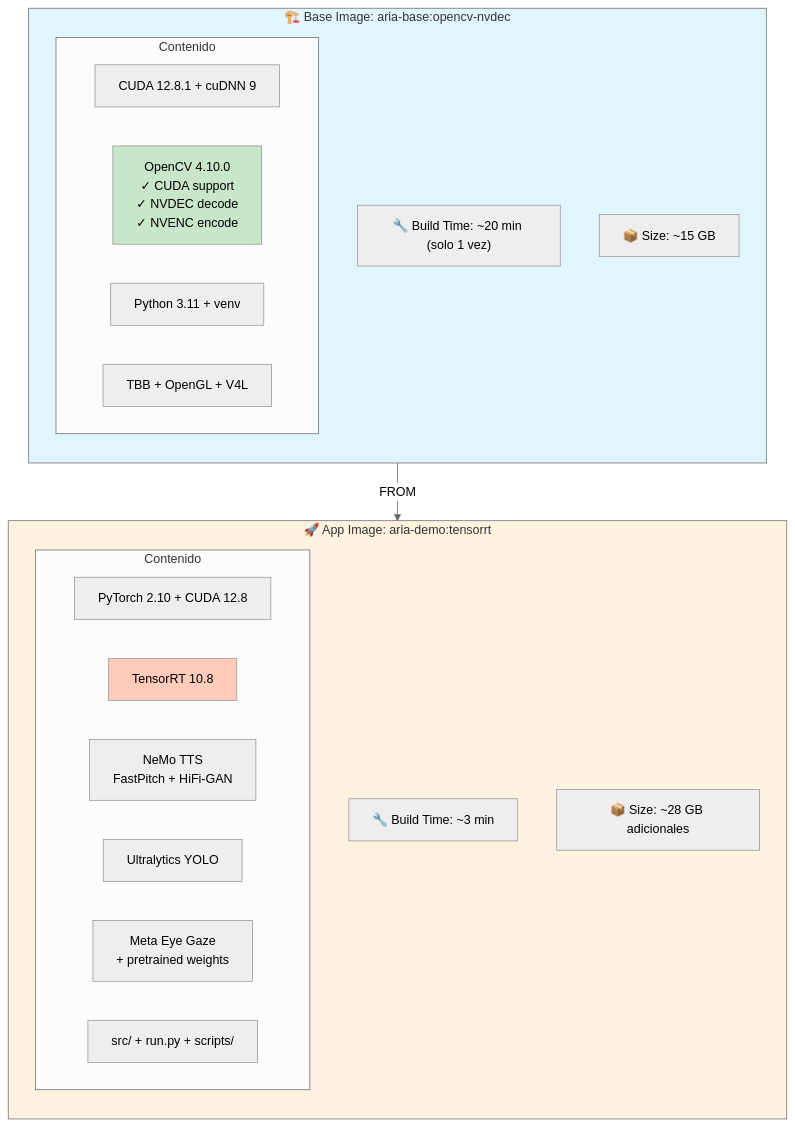
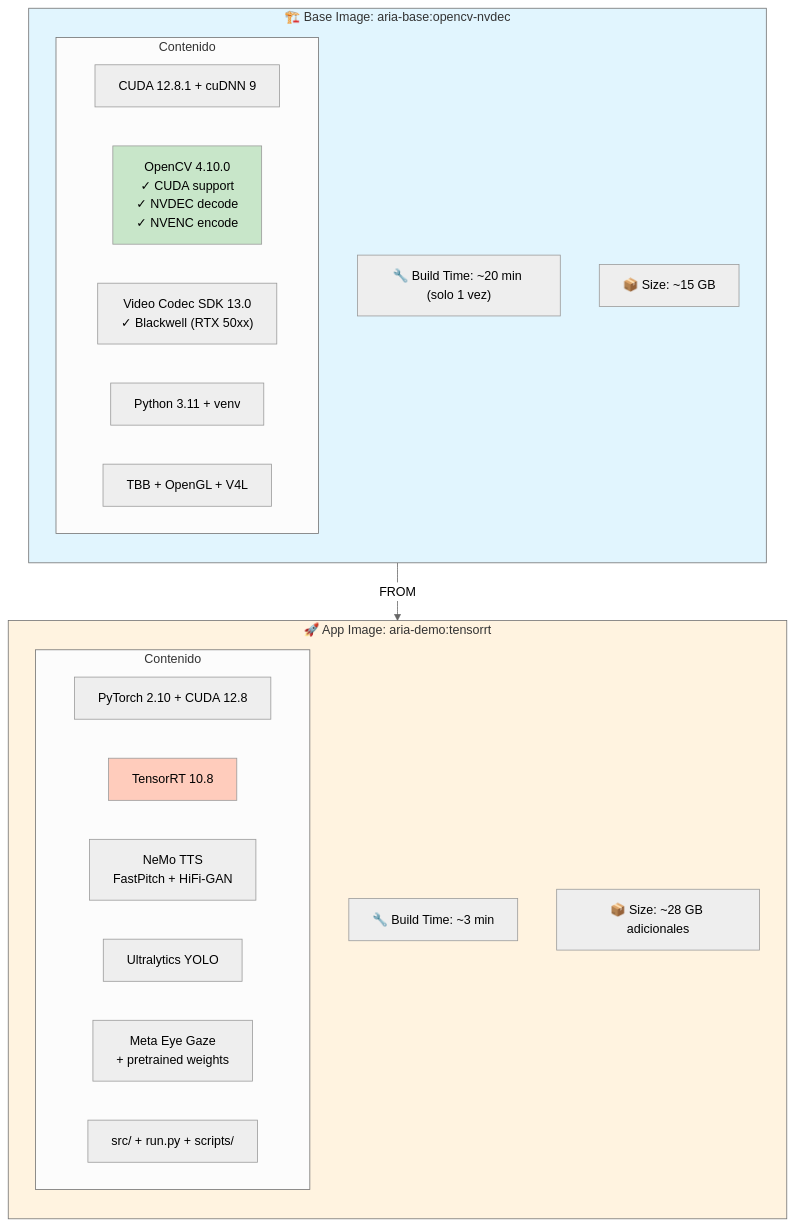
One commit to robertteleng/aria-demo changed the first of 5 diagrams in docs/DOCKER.md. Above: the diagram before and after it, drawn with Mermaid (neutral theme). The commit also changed other lines of this file and 4 other files, not shown here.

First line of the commit message:
feat: update nv-codec-headers to SDK 13.0 for Blackwell GPU support

````diff
--- a/docs/DOCKER.md
+++ b/docs/DOCKER.md
@@ -7,37 +7,38 @@
 ```mermaid
 graph TB
     subgraph BASE["🏗️ Base Image: aria-base:opencv-nvdec"]
         direction TB
         B1["🔧 Build Time: ~20 min (solo 1 vez)"]
         B2["📦 Size: ~15 GB"]
 
         subgraph BASE_CONTENT["Contenido"]
             CUDA["CUDA 12.8.1 + cuDNN 9"]
             OPENCV["OpenCV 4.10.0<br/>✓ CUDA support<br/>✓ NVDEC decode<br/>✓ NVENC encode"]
+            NVCODEC["Video Codec SDK 13.0<br/>✓ Blackwell (RTX 50xx)"]
             PYTHON["Python 3.11 + venv"]
             TBB["TBB + OpenGL + V4L"]
         end
     end
 
     subgraph APP["🚀 App Image: aria-demo:tensorrt"]
         direction TB
         A1["🔧 Build Time: ~3 min"]
         A2["📦 Size: ~28 GB adicionales"]
 
         subgraph APP_CONTENT["Contenido"]
             TORCH["PyTorch 2.10 + CUDA 12.8"]
             TRT["TensorRT 10.8"]
             NEMO["NeMo TTS<br/>FastPitch + HiFi-GAN"]
             YOLO["Ultralytics YOLO"]
             GAZE["Meta Eye Gaze<br/>+ pretrained weights"]
             CODE["src/ + run.py + scripts/"]
         end
     end
 
     BASE --> |"FROM"| APP
 
     style BASE fill:#e1f5fe
     style APP fill:#fff3e0
     style OPENCV fill:#c8e6c9
     style TRT fill:#ffccbc
 ```
````
